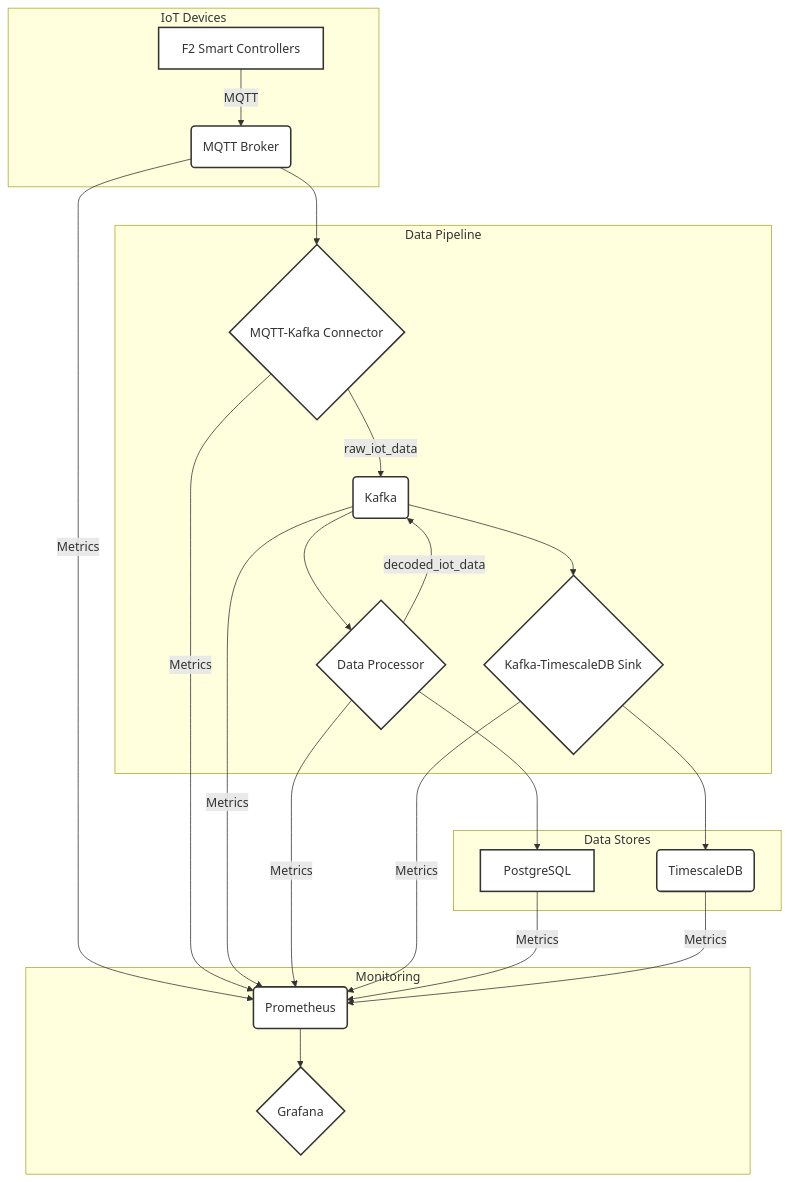
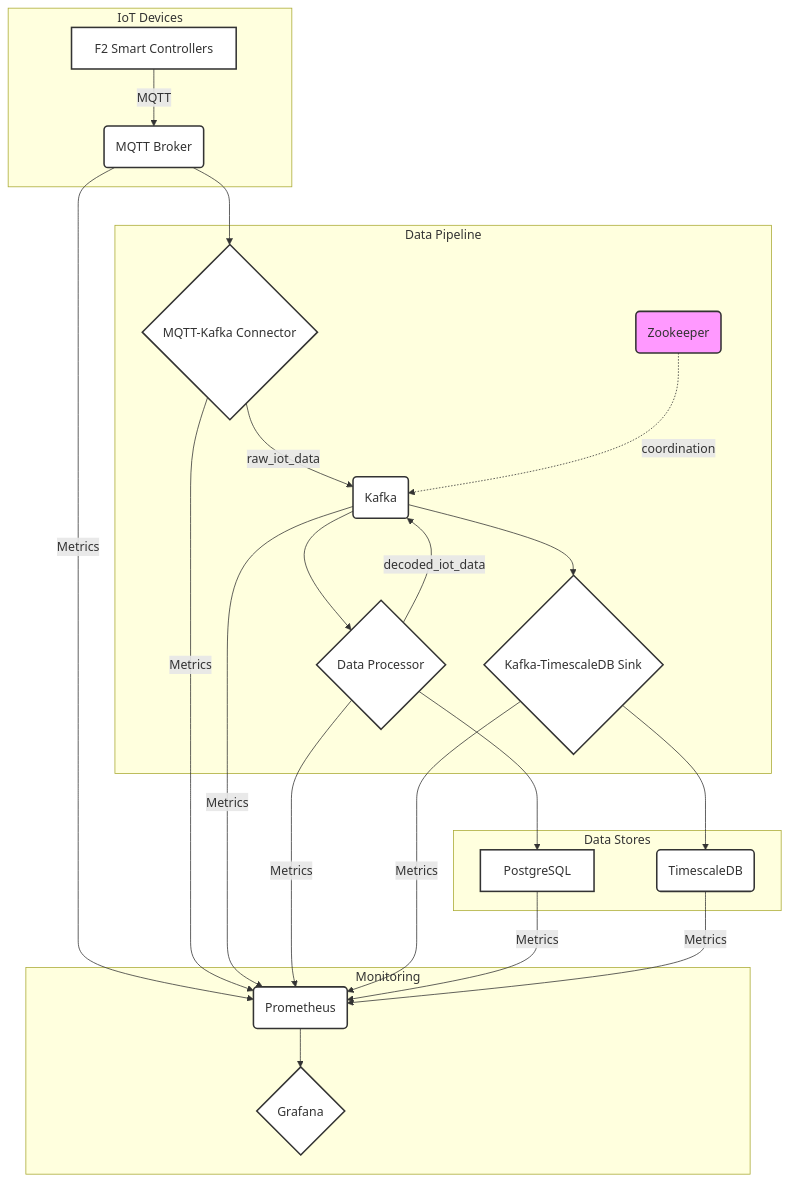
The diagram in README.md (amoyavt/POC_MQTT), drawn with Mermaid before and after one commit. The commit also changed other lines of this file and 14 other files, not shown here.

Commit message:
Enhance documentation and refactor code for IoT architecture

````diff
--- a/README.md
+++ b/README.md
@@ -9,41 +9,43 @@
 ```mermaid
 graph TD
     subgraph "IoT Devices"
         A["F2 Smart Controllers"] -->|MQTT| B("MQTT Broker")
     end
 
     subgraph "Data Pipeline"
         B --> C{"MQTT-Kafka Connector"}
         C -->|raw_iot_data| D("Kafka")
+        ZK("Zookeeper") -.->|coordination| D
         D --> E{"Data Processor"}
         E -->|decoded_iot_data| D
         D --> F{"Kafka-TimescaleDB Sink"}
     end
 
     subgraph "Data Stores"
         E --> G["PostgreSQL"]
         F --> H("TimescaleDB")
     end
 
     subgraph "Monitoring"
         M("Prometheus") --> N{"Grafana"}
         B -->|Metrics| M
         C -->|Metrics| M
         D -->|Metrics| M
         E -->|Metrics| M
         F -->|Metrics| M
         G -->|Metrics| M
         H -->|Metrics| M
     end
 
     style A fill:#fff,stroke:#333,stroke-width:2px
     style B fill:#fff,stroke:#333,stroke-width:2px
     style C fill:#fff,stroke:#333,stroke-width:2px
     style D fill:#fff,stroke:#333,stroke-width:2px
+    style ZK fill:#f9f,stroke:#333,stroke-width:2px
     style E fill:#fff,stroke:#333,stroke-width:2px
     style F fill:#fff,stroke:#333,stroke-width:2px
     style G fill:#fff,stroke:#333,stroke-width:2px
     style H fill:#fff,stroke:#333,stroke-width:2px
     style M fill:#fff,stroke:#333,stroke-width:2px
     style N fill:#fff,stroke:#333,stroke-width:2px
 ```
````
